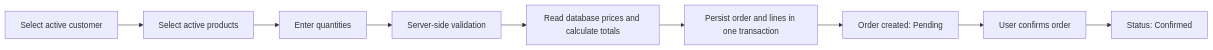
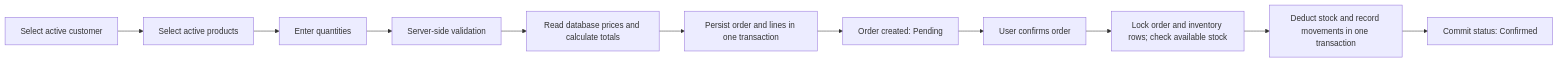
The fourth of 4 diagrams in README.md (SCanerG/DemoErp), drawn with Mermaid before and after one commit. The commit also changed other lines of this file and 156 other files, not shown here.

````diff
--- a/README.md
+++ b/README.md
@@ -142,11 +250,13 @@
 ```mermaid
 flowchart LR
   Customer[Select active customer] --> Product[Select active products]
   Product --> Quantity[Enter quantities]
   Quantity --> Validation[Server-side validation]
   Validation --> Price[Read database prices and calculate totals]
   Price --> Persist[Persist order and lines in one transaction]
   Persist --> Pending[Order created: Pending]
   Pending --> Confirm[User confirms order]
-  Confirm --> Confirmed[Status: Confirmed]
+  Confirm --> Check[Lock order and inventory rows; check available stock]
+  Check --> Deduct[Deduct stock and record movements in one transaction]
+  Deduct --> Confirmed[Commit status: Confirmed]
 ```
````
